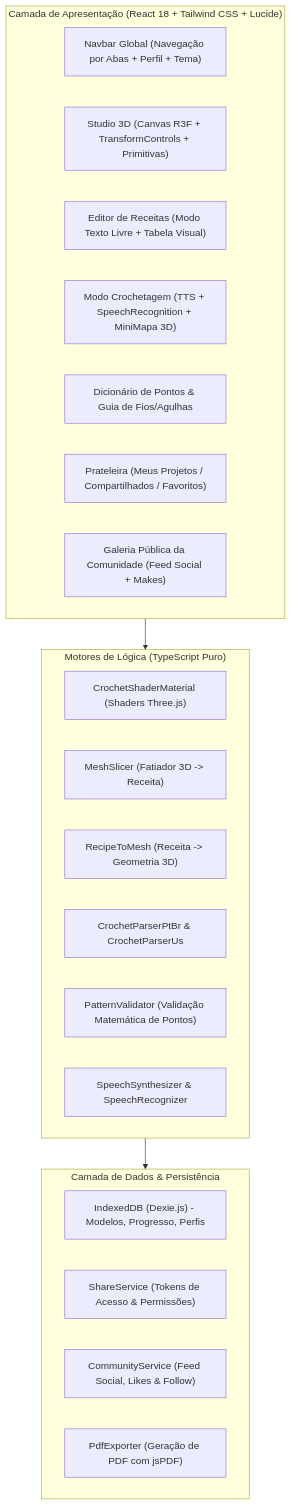
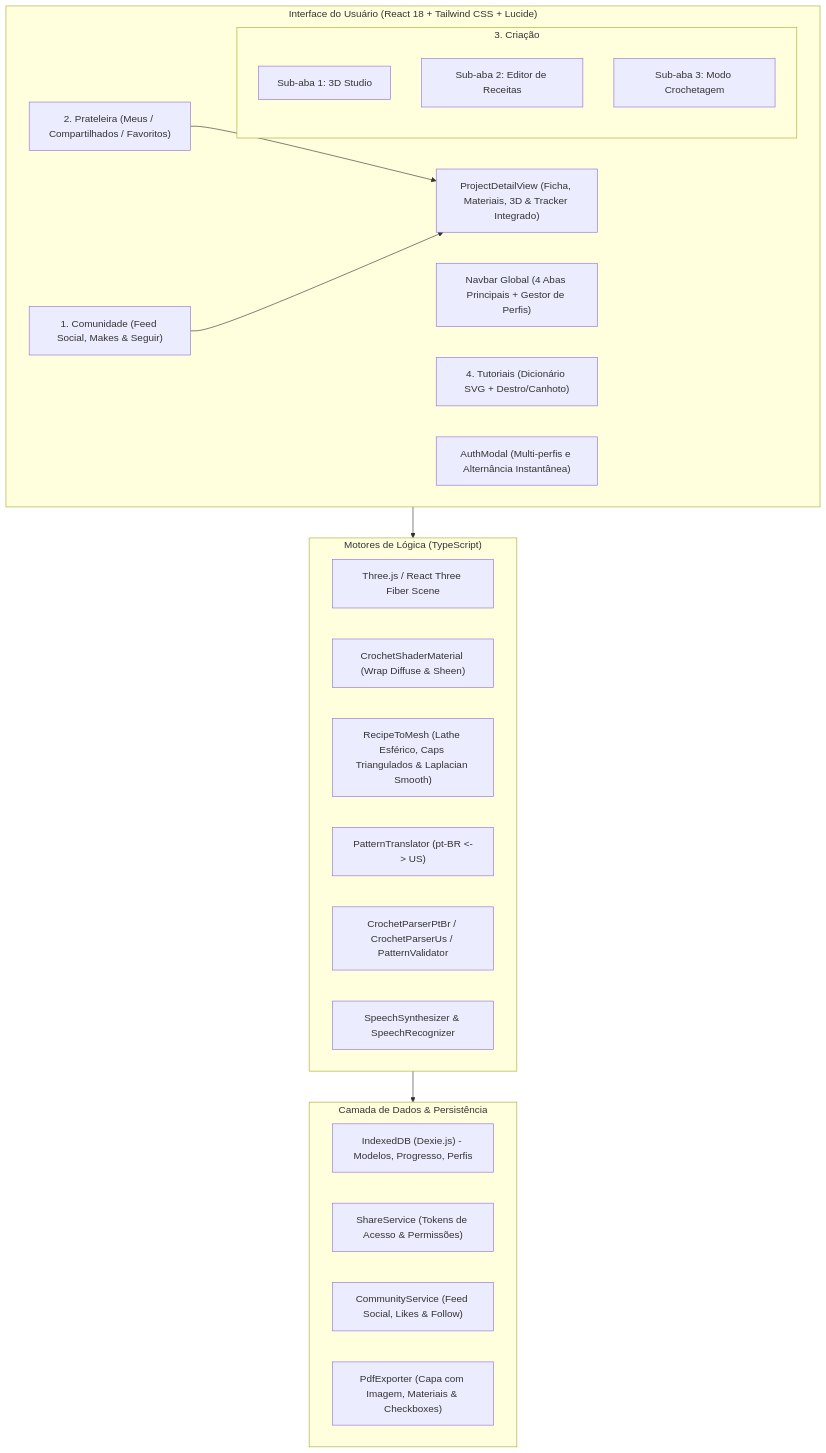
The diagram in README.md (AyrtonLoks/crochet-3d), drawn with Mermaid before and after one commit. The commit also changed other lines of this file and 15 other files, not shown here.

Commit message:
docs: update technical specifications, business requirements, development plan and readme to match 4-tab architecture and UX overhaul

````diff
--- a/README.md
+++ b/README.md
@@ -86,31 +76,37 @@
 ```mermaid
 flowchart TD
-    subgraph UI ["Camada de Apresentação (React 18 + Tailwind CSS + Lucide)"]
-        Navbar["Navbar Global (Navegação por Abas + Perfil + Tema)"]
-        StudioView["Studio 3D (Canvas R3F + TransformControls + Primitivas)"]
-        PatternView["Editor de Receitas (Modo Texto Livre + Tabela Visual)"]
-        TrackerView["Modo Crochetagem (TTS + SpeechRecognition + MiniMapa 3D)"]
-        LearnView["Dicionário de Pontos & Guia de Fios/Agulhas"]
-        ShelfView["Prateleira (Meus Projetos / Compartilhados / Favoritos)"]
-        CommunityView["Galeria Pública da Comunidade (Feed Social + Makes)"]
+    subgraph UI ["Interface do Usuário (React 18 + Tailwind CSS + Lucide)"]
+        Nav["Navbar Global (4 Abas Principais + Gestor de Perfis)"]
+        CommunityView["1. Comunidade (Feed Social, Makes & Seguir)"]
+        ShelfView["2. Prateleira (Meus / Compartilhados / Favoritos)"]
+        DetailView["ProjectDetailView (Ficha, Materiais, 3D & Tracker Integrado)"]
+        subgraph CreationView ["3. Criação"]
+            StudioSub["Sub-aba 1: 3D Studio"]
+            PatternSub["Sub-aba 2: Editor de Receitas"]
+            TrackerSub["Sub-aba 3: Modo Crochetagem"]
+        end
+        LearnView["4. Tutoriais (Dicionário SVG + Destro/Canhoto)"]
+        AuthModal["AuthModal (Multi-perfis e Alternância Instantânea)"]
     end
 
-    subgraph CoreEngine ["Motores de Lógica (TypeScript Puro)"]
-        YarnShader["CrochetShaderMaterial (Shaders Three.js)"]
-        Slicer["MeshSlicer (Fatiador 3D -> Receita)"]
-        MeshGen["RecipeToMesh (Receita -> Geometria 3D)"]
-        Parsers["CrochetParserPtBr & CrochetParserUs"]
-        Validator["PatternValidator (Validação Matemática de Pontos)"]
+    subgraph CoreEngine ["Motores de Lógica (TypeScript)"]
+        R3F["Three.js / React Three Fiber Scene"]
+        YarnShader["CrochetShaderMaterial (Wrap Diffuse & Sheen)"]
+        MeshGen["RecipeToMesh (Lathe Esférico, Caps Triangulados & Laplacian Smooth)"]
+        Translator["PatternTranslator (pt-BR <-> US)"]
+        Parsers["CrochetParserPtBr / CrochetParserUs / PatternValidator"]
         VoiceEngine["SpeechSynthesizer & SpeechRecognizer"]
     end
 
     subgraph ServicesAndStorage ["Camada de Dados & Persistência"]
         DexieDB["IndexedDB (Dexie.js) - Modelos, Progresso, Perfis"]
         ShareService["ShareService (Tokens de Acesso & Permissões)"]
         CommunityService["CommunityService (Feed Social, Likes & Follow)"]
-        PdfEngine["PdfExporter (Geração de PDF com jsPDF)"]
+        PdfEngine["PdfExporter (Capa com Imagem, Materiais & Checkboxes)"]
     end
 
     UI --> CoreEngine
     CoreEngine --> ServicesAndStorage
+    ShelfView --> DetailView
+    CommunityView --> DetailView
 ```
````
